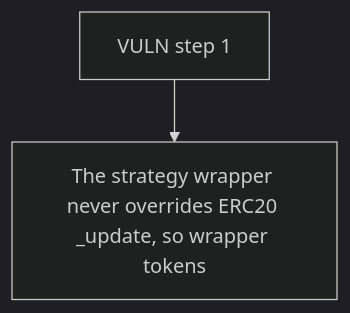
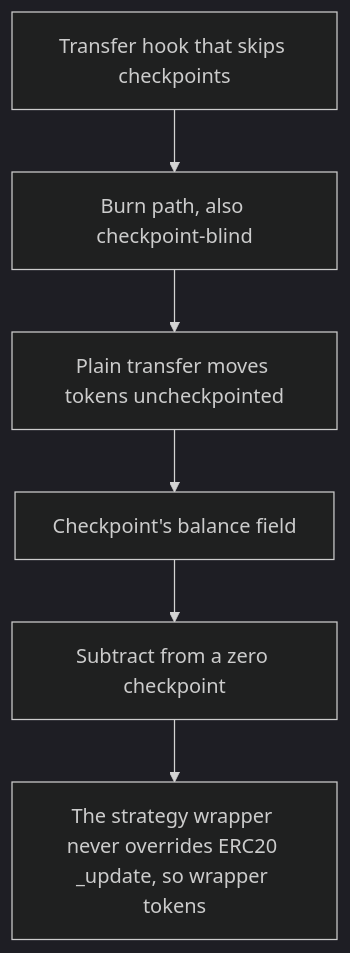
Before and after one commit to sanbir/evm-hack-registry: the diagram in 63599-c-02-checkpoints-are-almost-always-outdated-due-to-missing_exp/63599-c-02-checkpoints-are-almost-always-outdated-due-to-missing_exp.md, drawn with Mermaid (dark theme). The commit also changed other lines of this file and 79 other files, not shown here.

````diff
--- a/63599-c-02-checkpoints-are-almost-always-outdated-due-to-missing_exp/63599-c-02-checkpoints-are-almost-always-outdated-due-to-missing_exp.md
+++ b/63599-c-02-checkpoints-are-almost-always-outdated-due-to-missing_exp/63599-c-02-checkpoints-are-almost-always-outdated-due-to-missing_exp.md
@@ -28,6 +28,14 @@
 ```mermaid
 flowchart TD
-  S0["VULN step 1"]
+  S0["Transfer hook that skips checkpoints"]
+  S1["Burn path, also checkpoint-blind"]
+  S2["Plain transfer moves tokens uncheckpointed"]
+  S3["Checkpoint's balance field"]
+  S4["Subtract from a zero checkpoint"]
   H["The strategy wrapper never overrides ERC20 _update, so wrapper tokens "]
-  S0 --> H
+  S0 --> S1
+  S1 --> S2
+  S2 --> S3
+  S3 --> S4
+  S4 --> H
 ```
````
